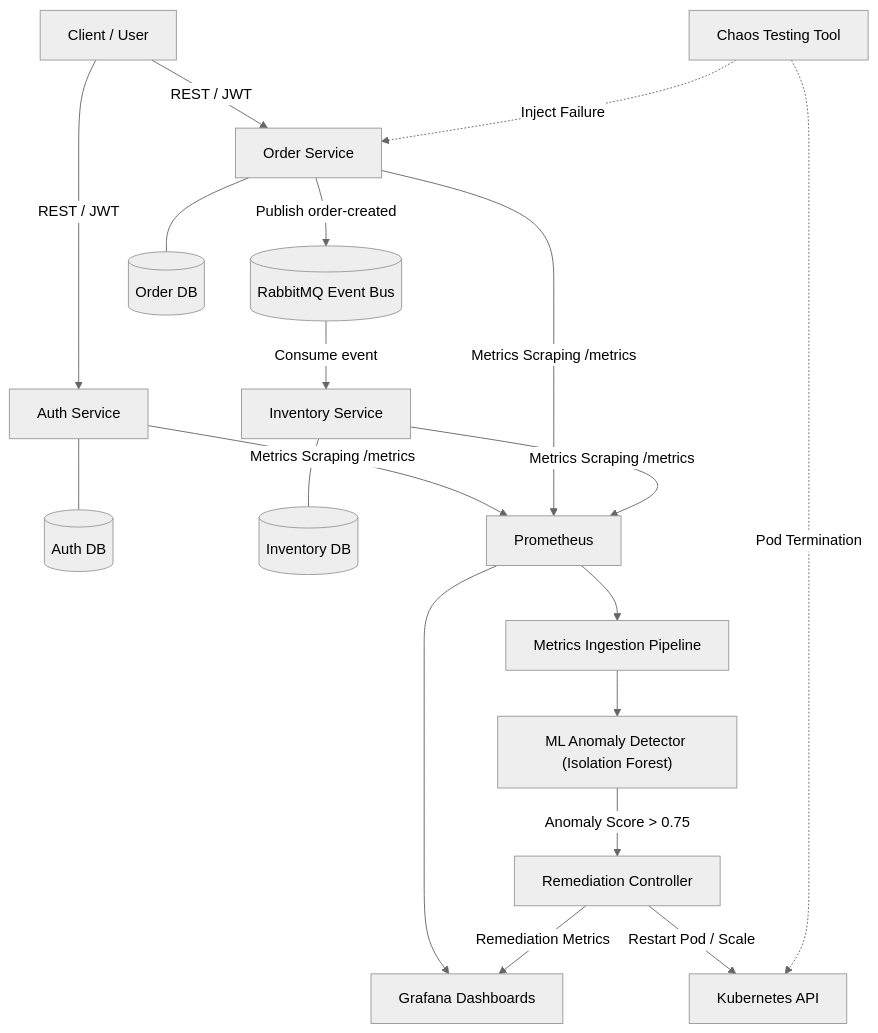
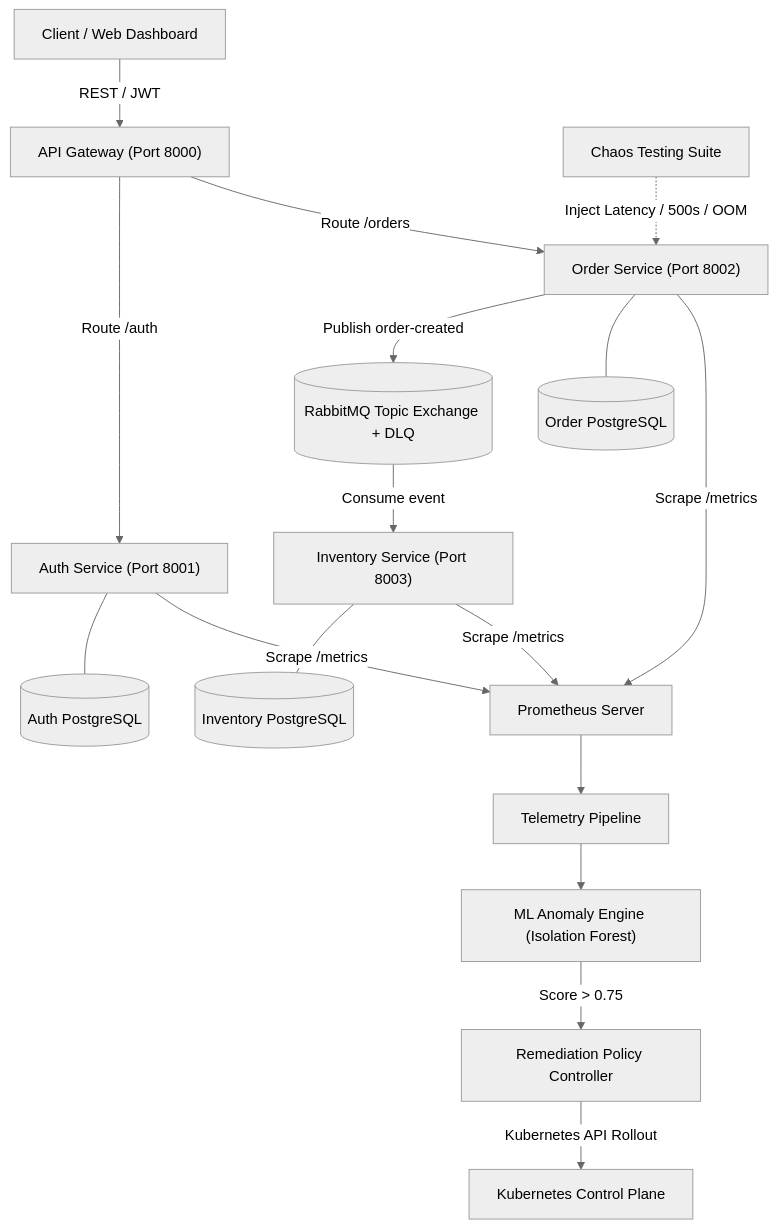
Before and after one commit to shiva-kumar-1319/CloudPulse: the diagram in README.md, drawn with Mermaid (neutral theme). The commit also changed other lines of this file, not shown here.

Commit message:
docs: overhaul README with recruiter pitch, architecture breakdown, live demo links, and benchmark statistics

````diff
--- a/README.md
+++ b/README.md
@@ -26,28 +37,25 @@
 ```mermaid
 flowchart TD
-    Client["Client / User"] -->|"REST / JWT"| Auth["Auth Service"]
-    Client -->|"REST / JWT"| Order["Order Service"]
+    Client["Client / Web Dashboard"] -->|"REST / JWT"| Gateway["API Gateway (Port 8000)"]
+    Gateway -->|"Route /auth"| Auth["Auth Service (Port 8001)"]
+    Gateway -->|"Route /orders"| Order["Order Service (Port 8002)"]
     
-    Order -->|"Publish order-created"| RabbitMQ[("RabbitMQ Event Bus")]
-    RabbitMQ -->|"Consume event"| Inventory["Inventory Service"]
+    Order -->|"Publish order-created"| RabbitMQ[("RabbitMQ Topic Exchange + DLQ")]
+    RabbitMQ -->|"Consume event"| Inventory["Inventory Service (Port 8003)"]
     
-    Auth --- AuthDB[("Auth DB")]
-    Order --- OrderDB[("Order DB")]
-    Inventory --- InventoryDB[("Inventory DB")]
+    Auth --- AuthDB[("Auth PostgreSQL")]
+    Order --- OrderDB[("Order PostgreSQL")]
+    Inventory --- InventoryDB[("Inventory PostgreSQL")]
     
-    Auth -->|"Metrics Scraping /metrics"| Prometheus["Prometheus"]
-    Order -->|"Metrics Scraping /metrics"| Prometheus
-    Inventory -->|"Metrics Scraping /metrics"| Prometheus
+    Auth -->|"Scrape /metrics"| Prometheus["Prometheus Server"]
+    Order -->|"Scrape /metrics"| Prometheus
+    Inventory -->|"Scrape /metrics"| Prometheus
     
-    Prometheus --> Ingest["Metrics Ingestion Pipeline"]
-    Ingest --> MLModel["ML Anomaly Detector (Isolation Forest)"]
-    MLModel -->|"Anomaly Score > 0.75"| Remediation["Remediation Controller"]
+    Prometheus --> Ingest["Telemetry Pipeline"]
+    Ingest --> MLModel["ML Anomaly Engine (Isolation Forest)"]
+    MLModel -->|"Score > 0.75"| Remediation["Remediation Policy Controller"]
     
-    Remediation -->|"Restart Pod / Scale"| K8sAPI["Kubernetes API"]
+    Remediation -->|"Kubernetes API Rollout"| K8sAPI["Kubernetes Control Plane"]
     
-    Chaos["Chaos Testing Tool"] -.->|"Inject Failure"| Order
-    Chaos -.->|"Pod Termination"| K8sAPI
-
-    Prometheus --> Grafana["Grafana Dashboards"]
-    Remediation -->|"Remediation Metrics"| Grafana
+    Chaos["Chaos Testing Suite"] -.->|"Inject Latency / 500s / OOM"| Order
 ```
````
